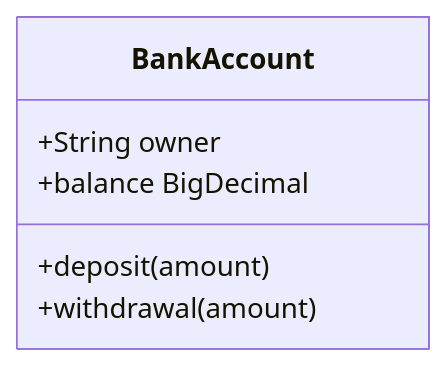
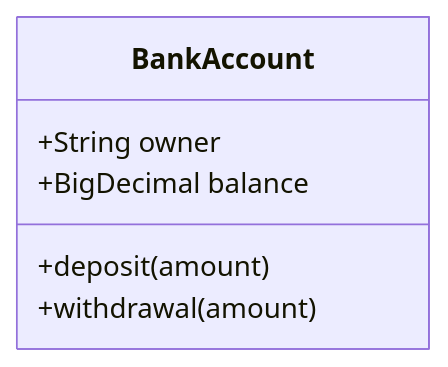
One commit to mermaid-js/mermaid changed the sixth of 25 diagrams in docs/syntax/classDiagram.md. Above: the diagram before and after it, drawn with Mermaid. The commit also changed other lines of this file, not shown here.

````diff
--- a/docs/syntax/classDiagram.md
+++ b/docs/syntax/classDiagram.md
@@ -188,8 +186,8 @@
 ```mermaid
 classDiagram
 class BankAccount
 BankAccount : +String owner
-BankAccount : +balance BigDecimal
+BankAccount : +BigDecimal balance
 BankAccount : +deposit(amount)
 BankAccount : +withdrawal(amount)
 ```
````
